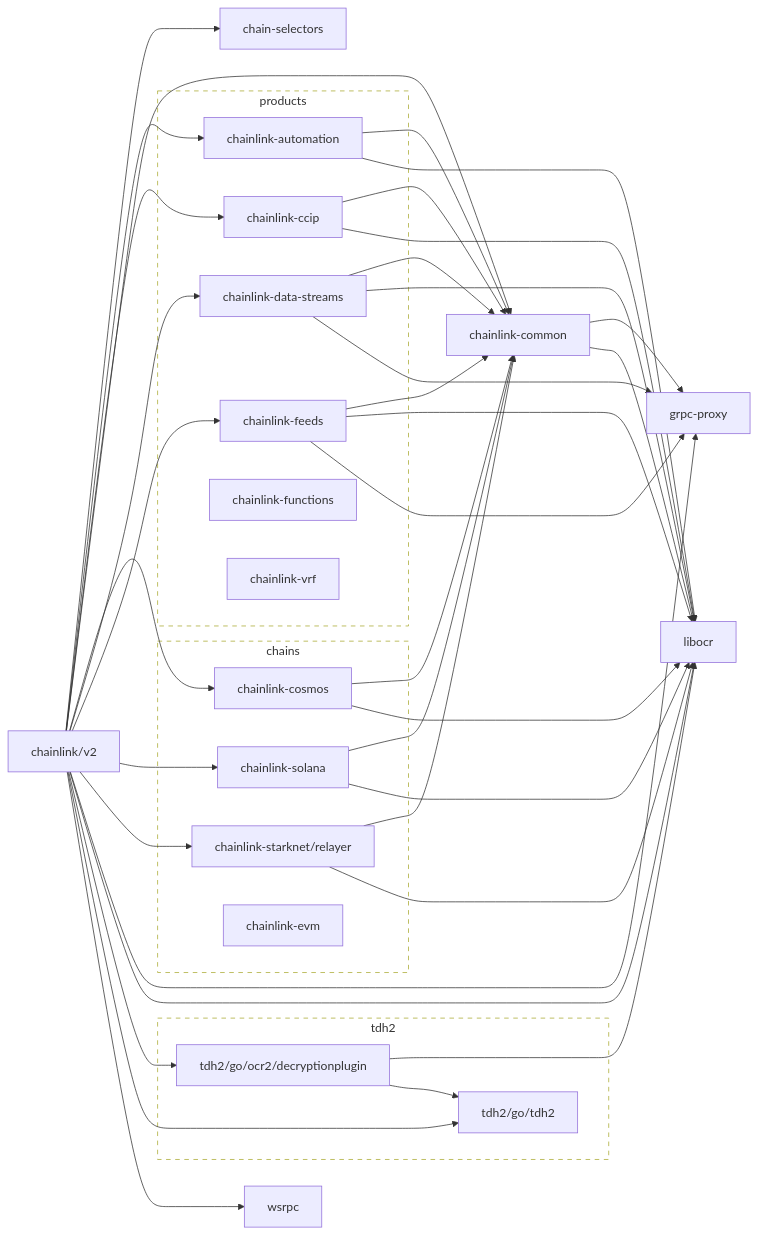
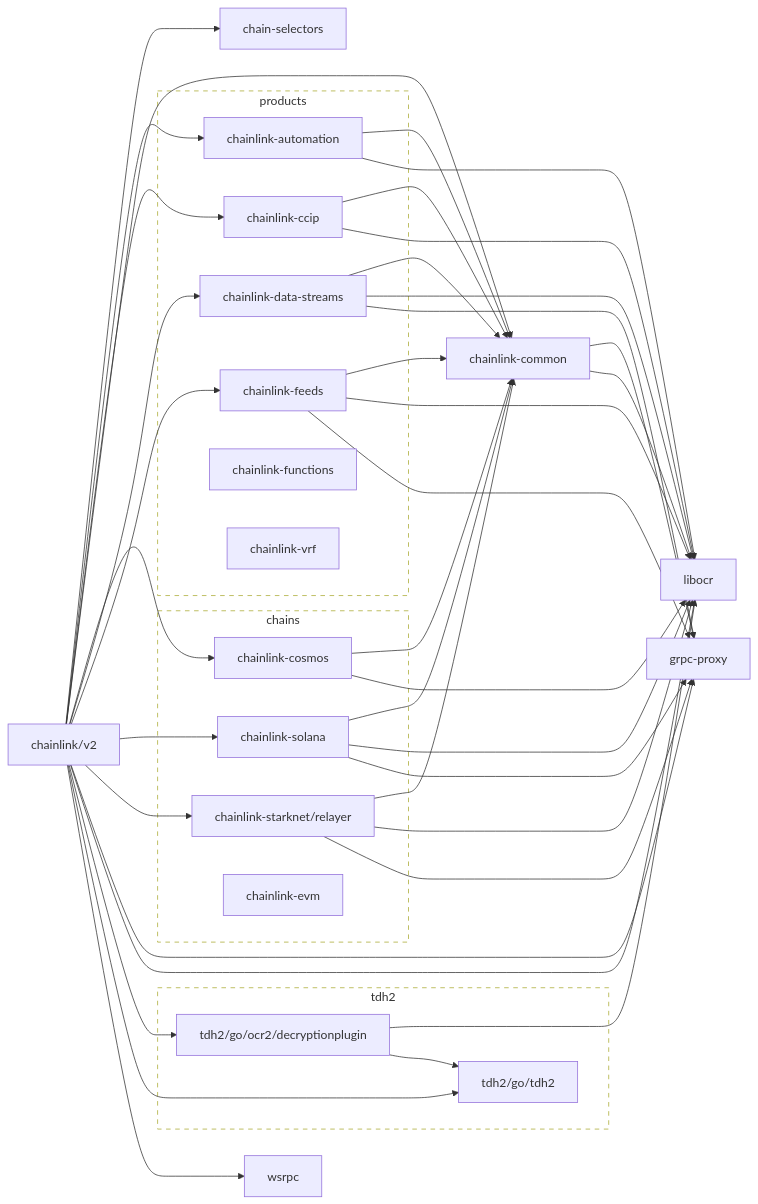
Before and after one commit to smartcontractkit/chainlink: the diagram in go.md, drawn with Mermaid.

Commit message:
run generate

````diff
--- a/go.md
+++ b/go.md
@@ -2,75 +2,77 @@
 ```mermaid
 flowchart LR
   subgraph chains
     chainlink-cosmos
     chainlink-solana
     chainlink-starknet/relayer
     chainlink-evm
   end
 
   subgraph products
     chainlink-automation
     chainlink-ccip
     chainlink-data-streams
     chainlink-feeds
     chainlink-functions
     chainlink-vrf
   end
 
   subgraph tdh2
     tdh2/go/tdh2
     tdh2/go/ocr2/decryptionplugin
   end
 
   classDef outline stroke-dasharray:6,fill:none;
   class chains,products,tdh2 outline
 
   chainlink/v2 --> chain-selectors
   click chain-selectors href "https://github.com/smartcontractkit/chain-selectors"
   chainlink/v2 --> chainlink-automation
   click chainlink-automation href "https://github.com/smartcontractkit/chainlink-automation"
   chainlink/v2 --> chainlink-ccip
   click chainlink-ccip href "https://github.com/smartcontractkit/chainlink-ccip"
   chainlink/v2 --> chainlink-common
   click chainlink-common href "https://github.com/smartcontractkit/chainlink-common"
   chainlink/v2 --> chainlink-cosmos
   click chainlink-cosmos href "https://github.com/smartcontractkit/chainlink-cosmos"
   chainlink/v2 --> chainlink-data-streams
   click chainlink-data-streams href "https://github.com/smartcontractkit/chainlink-data-streams"
   chainlink/v2 --> chainlink-feeds
   click chainlink-feeds href "https://github.com/smartcontractkit/chainlink-feeds"
   chainlink/v2 --> chainlink-solana
   click chainlink-solana href "https://github.com/smartcontractkit/chainlink-solana"
   chainlink/v2 --> chainlink-starknet/relayer
   click chainlink-starknet/relayer href "https://github.com/smartcontractkit/chainlink-starknet"
   chainlink/v2 --> grpc-proxy
   click grpc-proxy href "https://github.com/smartcontractkit/grpc-proxy"
   chainlink/v2 --> libocr
   click libocr href "https://github.com/smartcontractkit/libocr"
   chainlink/v2 --> tdh2/go/ocr2/decryptionplugin
   click tdh2/go/ocr2/decryptionplugin href "https://github.com/smartcontractkit/tdh2"
   chainlink/v2 --> tdh2/go/tdh2
   click tdh2/go/tdh2 href "https://github.com/smartcontractkit/tdh2"
   chainlink/v2 --> wsrpc
   click wsrpc href "https://github.com/smartcontractkit/wsrpc"
   chainlink-automation --> chainlink-common
   chainlink-automation --> libocr
   chainlink-ccip --> chainlink-common
   chainlink-ccip --> libocr
   chainlink-common --> grpc-proxy
   chainlink-common --> libocr
   chainlink-cosmos --> chainlink-common
   chainlink-cosmos --> libocr
   chainlink-data-streams --> chainlink-common
   chainlink-data-streams --> libocr
   chainlink-data-streams --> grpc-proxy
   chainlink-feeds --> chainlink-common
   chainlink-feeds --> libocr
   chainlink-feeds --> grpc-proxy
   chainlink-solana --> chainlink-common
   chainlink-solana --> libocr
+  chainlink-solana --> grpc-proxy
   chainlink-starknet/relayer --> chainlink-common
   chainlink-starknet/relayer --> libocr
+  chainlink-starknet/relayer --> grpc-proxy
   tdh2/go/ocr2/decryptionplugin --> libocr
   tdh2/go/ocr2/decryptionplugin --> tdh2/go/tdh2
 ```
````
